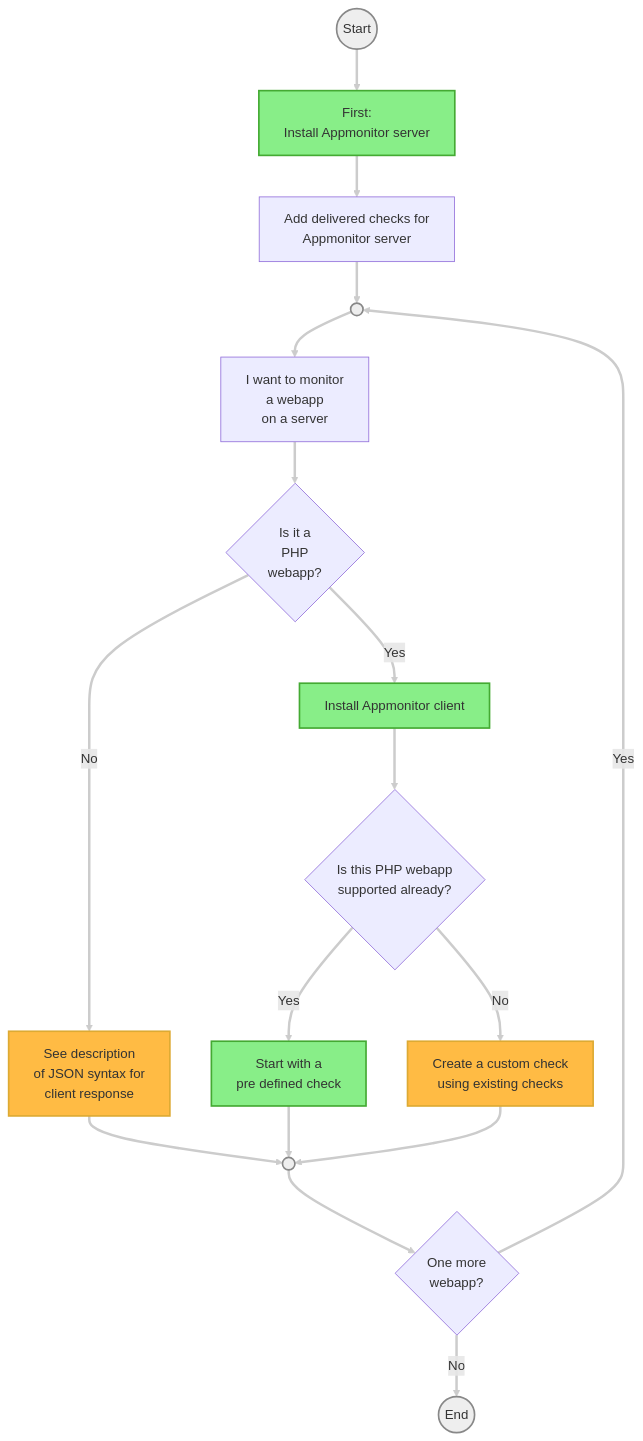
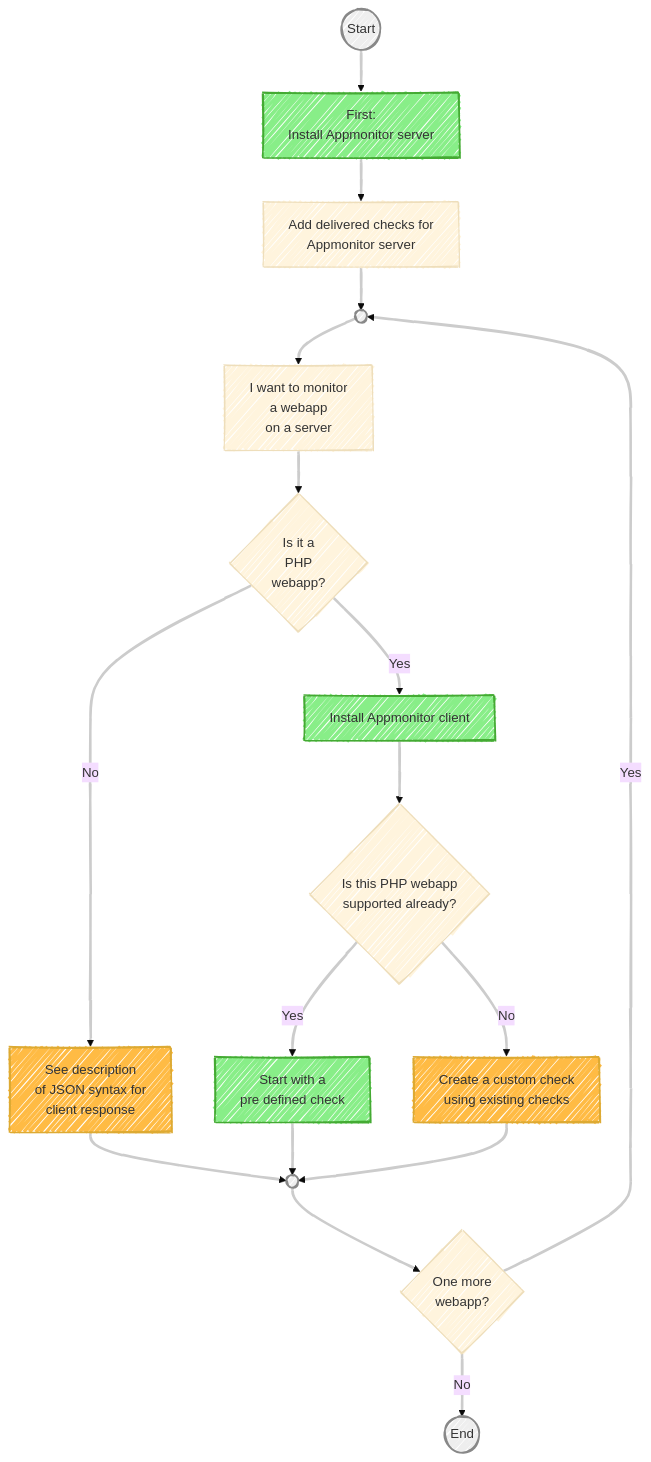
The diagram in docs/30_Quickstart/10_Monitor_a_webapp.md (iml-it/appmonitor), drawn with Mermaid before and after one commit. The commit also changed 12 other files, not shown here.

````diff
--- a/docs/30_Quickstart/10_Monitor_a_webapp.md
+++ b/docs/30_Quickstart/10_Monitor_a_webapp.md
@@ -5,59 +5,64 @@
-``` mermaid
+```mermaid
+---
+config:
+  look: handDrawn
+  theme: base
+---
 flowchart TD
 
     %% ----- STYLING
 
     linkStyle default stroke: #ccc,stroke-width:3px
 
     style START fill:#eee,stroke:#888,stroke-width:2px
     style END fill:#eee,stroke:#888,stroke-width:2px
 
     classDef ok fill:#8e8,stroke:#4a3,stroke-width:2px
     classDef work fill:#fb4,stroke:#da3,stroke-width:2px
 
     style LOOPSTART fill:#eee,stroke:#888,stroke-width:2px
     style LOOPEND fill:#eee,stroke:#888,stroke-width:2px
 
     %% ----- NODES
 
     START((Start))
     END((End))
     LOOPSTART(( ))
     
     SRV[First:<br>Install Appmonitor server]
     AddAppminitorCheck[Add delivered checks for<br>Appmonitor server]
     WannaMonitor[I want to monitor<br>a webapp<br>on a server]
     IsPHP{Is it a<br>PHP <br>webapp?}
 
     SeeDescription[See description<br>of JSON syntax for<br> client response]
     InstallClient[Install Appmonitor client]
     SupportedApp{Is this PHP webapp<br>supported already?}
     UseAppCheck[Start with a<br>pre defined check]
     CreateChecks[Create a custom check<br>using existing checks]
 
     LOOPEND(( ))
     MOREAPPS{One more<br>webapp?}
 
 
-    %% ----- NODES
+    %% ----- CONNECTORS
 
     START --> SRV:::ok --> AddAppminitorCheck --> LOOPSTART
     LOOPSTART --> WannaMonitor
     WannaMonitor --> IsPHP
     IsPHP -->|No| SeeDescription:::work
     
     IsPHP -->|Yes| InstallClient:::ok
     InstallClient --> SupportedApp
     SupportedApp --> |Yes| UseAppCheck:::ok
     SupportedApp --> |No| CreateChecks:::work
 
     SeeDescription --> LOOPEND
     UseAppCheck --> LOOPEND
     CreateChecks --> LOOPEND
 
     LOOPEND --> MOREAPPS
 
     MOREAPPS --> |Yes| LOOPSTART
     MOREAPPS --> |No| END
 
 ```
````
